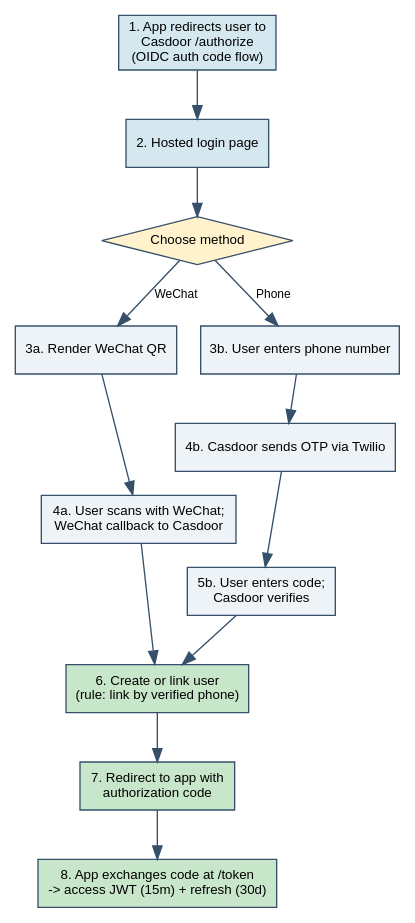
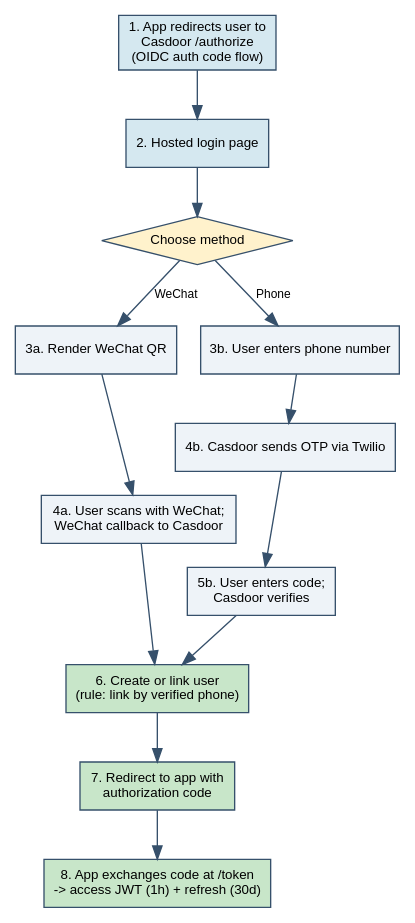
Before and after one commit to Nelson2SR/auth-server: the diagram in docs/technical/assets/03_login_flow.dot, drawn with Graphviz. The commit also changed 7 other files, not shown here.

```diff
--- a/docs/technical/assets/03_login_flow.dot
+++ b/docs/technical/assets/03_login_flow.dot
@@ -1,28 +1,28 @@
 digraph login {
   rankdir=TB;
   bgcolor="white";
   node [fontname="Arial", fontsize=10, style="filled", shape=box, color="#36506b", fillcolor="#eef3f8"];
   edge [fontname="Arial", fontsize=9, color="#36506b"];
 
   start  [label="1. App redirects user to\nCasdoor /authorize\n(OIDC auth code flow)", fillcolor="#d5e8f0"];
   page   [label="2. Hosted login page", fillcolor="#d5e8f0"];
   choice [label="Choose method", shape=diamond, fillcolor="#fff2cc"];
 
   wq1 [label="3a. Render WeChat QR"];
   wq2 [label="4a. User scans with WeChat;\nWeChat callback to Casdoor"];
 
   ph1 [label="3b. User enters phone number"];
   ph2 [label="4b. Casdoor sends OTP via Twilio"];
   ph3 [label="5b. User enters code;\nCasdoor verifies"];
 
   link [label="6. Create or link user\n(rule: link by verified phone)", fillcolor="#c8e6c9"];
   code [label="7. Redirect to app with\nauthorization code", fillcolor="#c8e6c9"];
-  tok  [label="8. App exchanges code at /token\n-> access JWT (15m) + refresh (30d)", fillcolor="#c8e6c9"];
+  tok  [label="8. App exchanges code at /token\n-> access JWT (1h) + refresh (30d)", fillcolor="#c8e6c9"];
 
   start -> page -> choice;
   choice -> wq1 [label="WeChat"];
   wq1 -> wq2 -> link;
   choice -> ph1 [label="Phone"];
   ph1 -> ph2 -> ph3 -> link;
   link -> code -> tok;
 }
```
